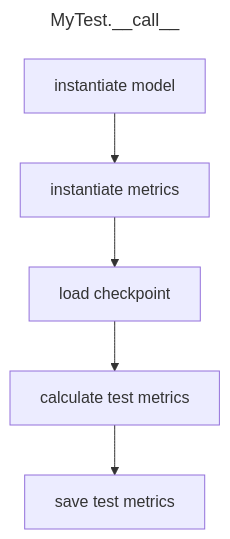
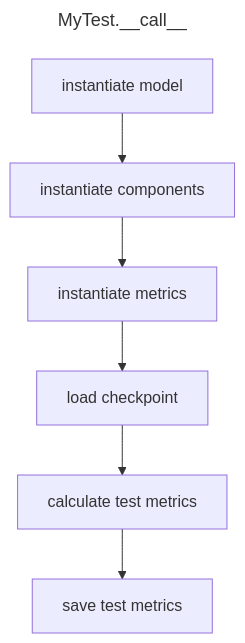
The second of 2 diagrams in README.md (ljw20180420/common_ai), drawn with Mermaid before and after one commit. The commit also changed other lines of this file and 1 other file, not shown here.

Commit message:
Allow model to implement custom my_initialize_model method.

````diff
--- a/README.md
+++ b/README.md
@@ -56,7 +58,7 @@
 ```mermaid
 ---
 title: MyTest.__call__
 ---
 flowchart TD
-    INSTMODEL[instantiate model] --> INSTMETRIC[instantiate metrics] --> LOADCHECK[load checkpoint] --> F[calculate test metrics] --> G[save test metrics]
+    INSTMODEL[instantiate model] --> INSTCOMP[instantiate components] --> INSTMETRIC[instantiate metrics] --> LOADCHECK[load checkpoint] --> F[calculate test metrics] --> G[save test metrics]
 ```
````
